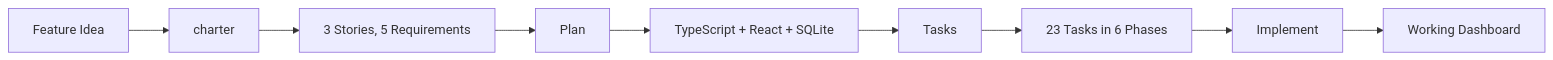
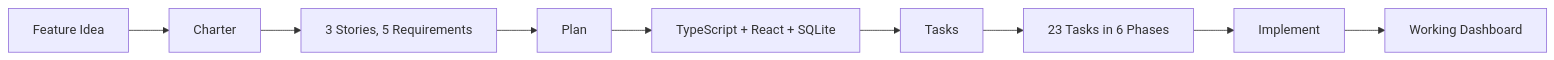
The diagram in src/content/docs/walkthrough/index.md (ParkWardRR/weekend-to-release), drawn with Mermaid before and after one commit. The commit also changed other lines of this file and 26 other files, not shown here.

Commit message:
docs: rename methodology to ACE and replace charter lexicon

````diff
--- a/src/content/docs/walkthrough/index.md
+++ b/src/content/docs/walkthrough/index.md
@@ -19,11 +19,11 @@
 ```mermaid
 flowchart LR
-    A[Feature Idea] --> B[charter]
+    A[Feature Idea] --> B[Charter]
     B --> C[3 Stories, 5 Requirements]
     C --> D[Plan]
     D --> E[TypeScript + React + SQLite]
     E --> F[Tasks]
     F --> G[23 Tasks in 6 Phases]
     G --> H[Implement]
     H --> I[Working Dashboard]
 ```
````
